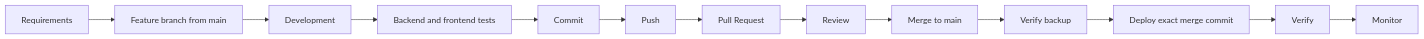
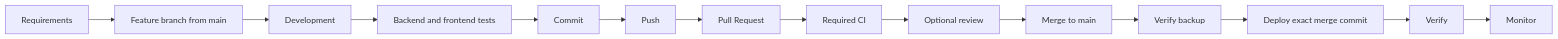
The diagram in DEVELOPMENT_WORKFLOW.md (codetrust2025-spec/TelegramForward), drawn with Mermaid before and after one commit. The commit also changed other lines of this file and 6 other files, not shown here.

Commit message:
docs(governance): make independent review optional

````diff
--- a/DEVELOPMENT_WORKFLOW.md
+++ b/DEVELOPMENT_WORKFLOW.md
@@ -7,15 +7,16 @@
 ```mermaid
 flowchart LR
     R[Requirements] --> B[Feature branch from main]
     B --> D[Development]
     D --> T[Backend and frontend tests]
     T --> C[Commit]
     C --> P[Push]
     P --> PR[Pull Request]
-    PR --> RV[Review]
+    PR --> CI[Required CI]
+    CI --> RV[Optional review]
     RV --> M[Merge to main]
     M --> BK[Verify backup]
     BK --> DP[Deploy exact merge commit]
     DP --> V[Verify]
     V --> MN[Monitor]
 ```
````
